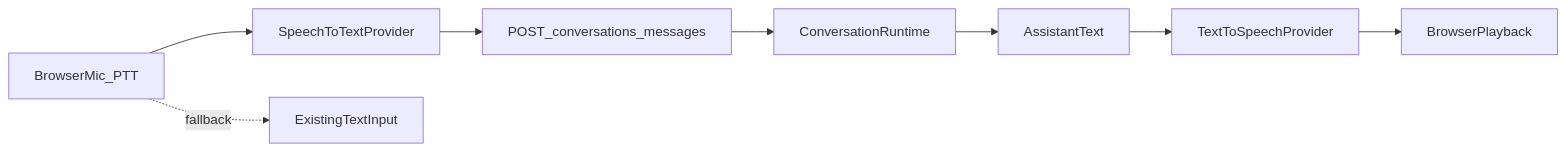
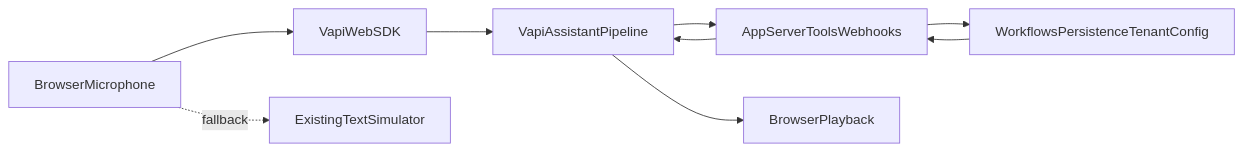
One commit to Michael-Tefera/ai-voice-receptionist changed the diagram in docs/roadmap/PHASE-2-BROWSER-VOICE-PLAN.md. Above: the diagram before and after it, drawn with Mermaid. The commit also changed other lines of this file, not shown here.

Commit message:
docs: make Vapi the primary Phase 2 voice provider

````diff
--- a/docs/roadmap/PHASE-2-BROWSER-VOICE-PLAN.md
+++ b/docs/roadmap/PHASE-2-BROWSER-VOICE-PLAN.md
@@ -56,10 +72,11 @@
 ```mermaid
 flowchart LR
-  Mic[BrowserMic_PTT] --> STT[SpeechToTextProvider]
-  STT --> API[POST_conversations_messages]
-  API --> Runtime[ConversationRuntime]
-  Runtime --> Text[AssistantText]
-  Text --> TTS[TextToSpeechProvider]
-  TTS --> Speaker[BrowserPlayback]
-  Mic -.fallback.-> TextInput[ExistingTextInput]
+  Mic[BrowserMicrophone] --> VapiSDK[VapiWebSDK]
+  VapiSDK --> Assistant[VapiAssistantPipeline]
+  Assistant --> Tools[AppServerToolsWebhooks]
+  Tools --> Biz[WorkflowsPersistenceTenantConfig]
+  Biz --> Tools
+  Tools --> Assistant
+  Assistant --> Audio[BrowserPlayback]
+  Mic -.fallback.-> TextDemo[ExistingTextSimulator]
 ```
````
